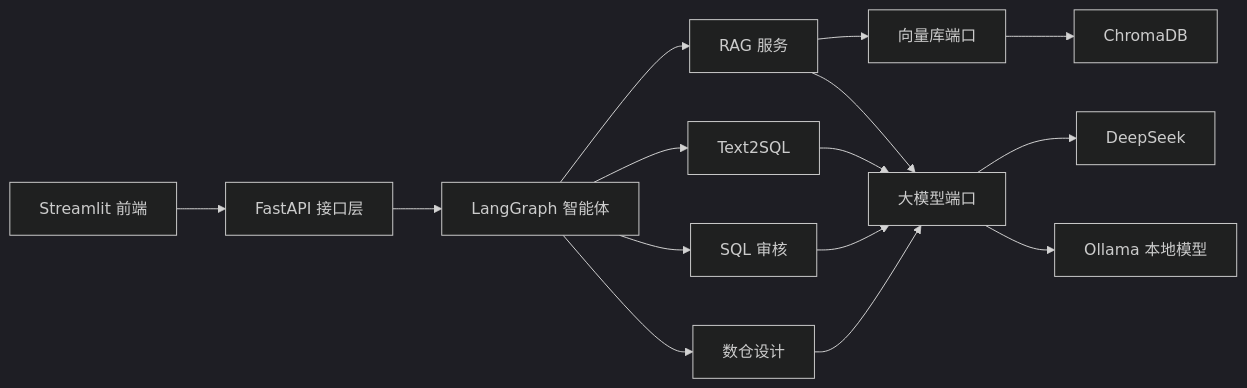
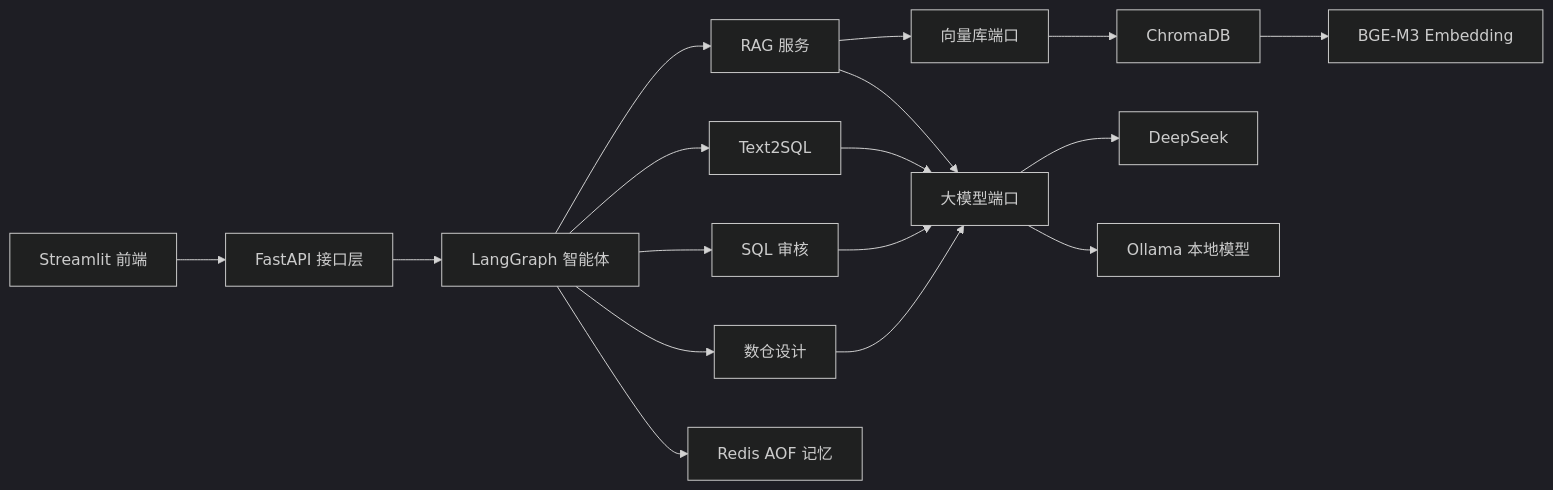
One commit to plutoczm/DataCopilot changed the diagram in README.md. Above: the diagram before and after it, drawn with Mermaid (dark theme). The commit also changed other lines of this file and 78 other files, not shown here.

````diff
--- a/README.md
+++ b/README.md
@@ -11,17 +11,19 @@
 ```mermaid
 flowchart LR
     UI[Streamlit 前端] --> API[FastAPI 接口层]
     API --> Agent[LangGraph 智能体]
     Agent --> RAG[RAG 服务]
     Agent --> T2S[Text2SQL]
     Agent --> Review[SQL 审核]
     Agent --> WH[数仓设计]
     RAG --> VS[向量库端口]
     RAG --> LLM[大模型端口]
     T2S --> LLM
     Review --> LLM
     WH --> LLM
     VS --> Chroma[ChromaDB]
+    Agent --> Redis[Redis AOF 记忆]
+    Chroma --> BGE[BGE-M3 Embedding]
     LLM --> DeepSeek[DeepSeek]
     LLM --> Ollama[Ollama 本地模型]
 ```
````
